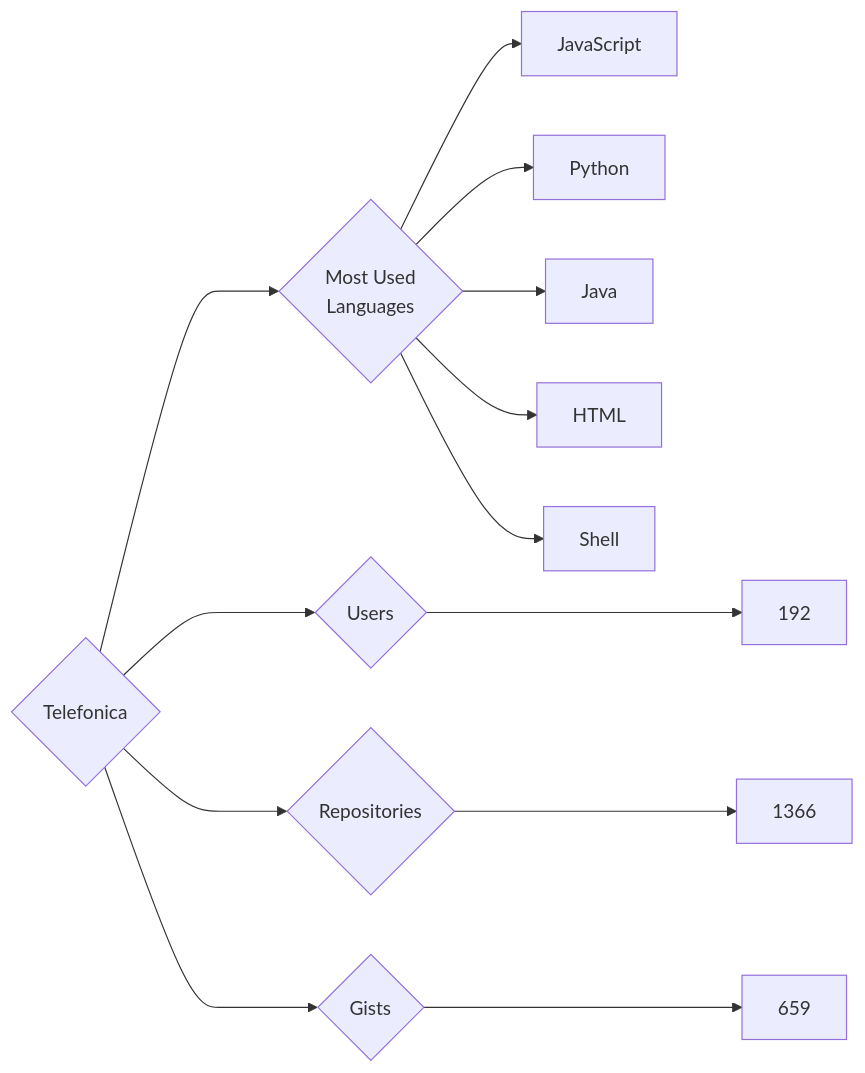
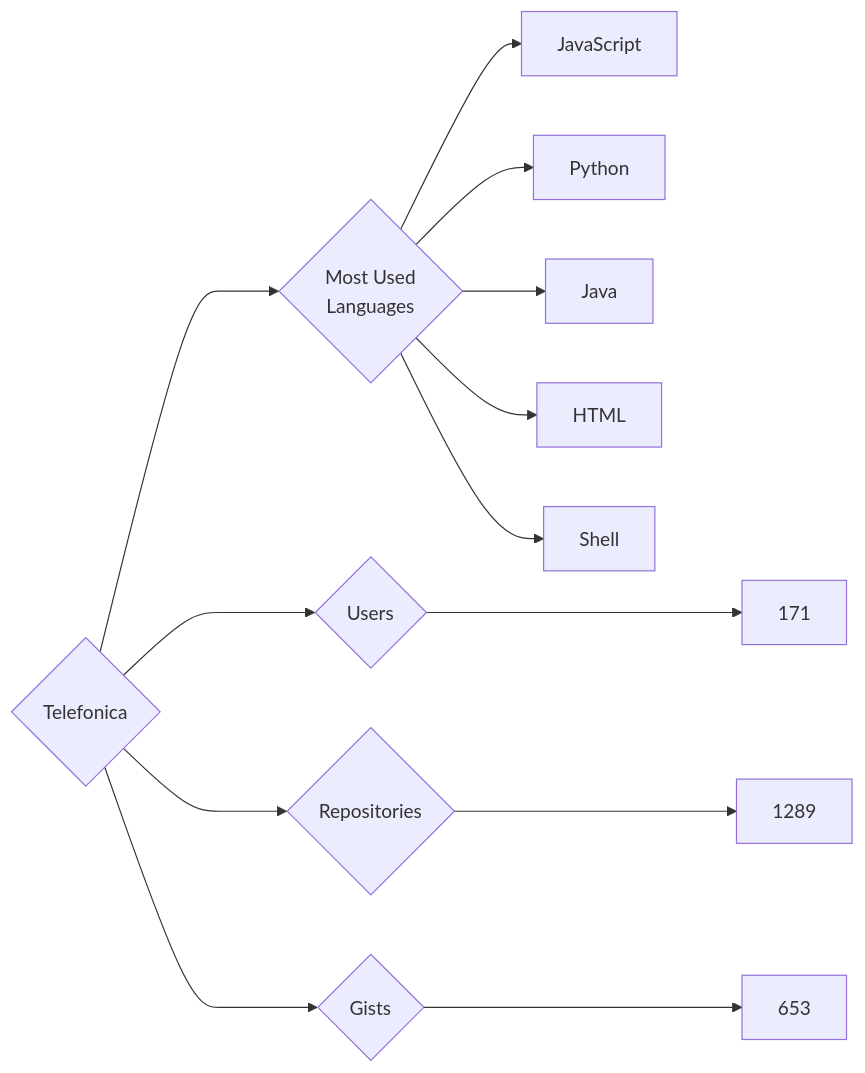
The diagram in targets/Telefonica/README.md (trickest/insiders), drawn with Mermaid before and after one commit. The commit also changed 964 other files, not shown here.

````diff
--- a/targets/Telefonica/README.md
+++ b/targets/Telefonica/README.md
@@ -3,13 +3,13 @@
 ```mermaid
 graph LR
 COMPANY_NAME{Telefonica}
-COMPANY_NAME ---> U{Users} ---> UN[192]
-COMPANY_NAME ---> R{Repositories} ---> RN[1366]
-COMPANY_NAME ---> G{Gists} ---> GN[659]
+COMPANY_NAME ---> U{Users} ---> UN[171]
+COMPANY_NAME ---> R{Repositories} ---> RN[1289]
+COMPANY_NAME ---> G{Gists} ---> GN[653]
 COMPANY_NAME ---> ML{Most Used<br>Languages}
 ML --> JavaScript[JavaScript]
 ML --> Python[Python]
 ML --> Java[Java]
 ML --> HTML[HTML]
 ML --> Shell[Shell]
 ```
````
